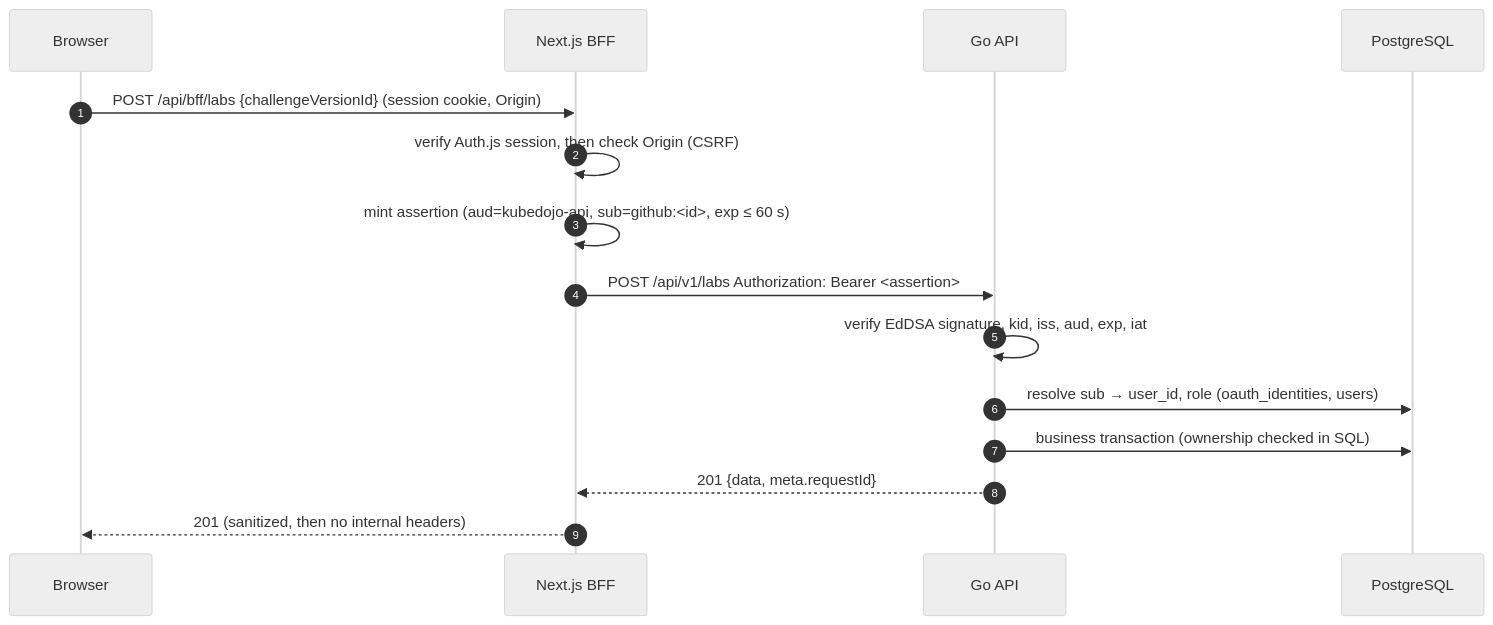
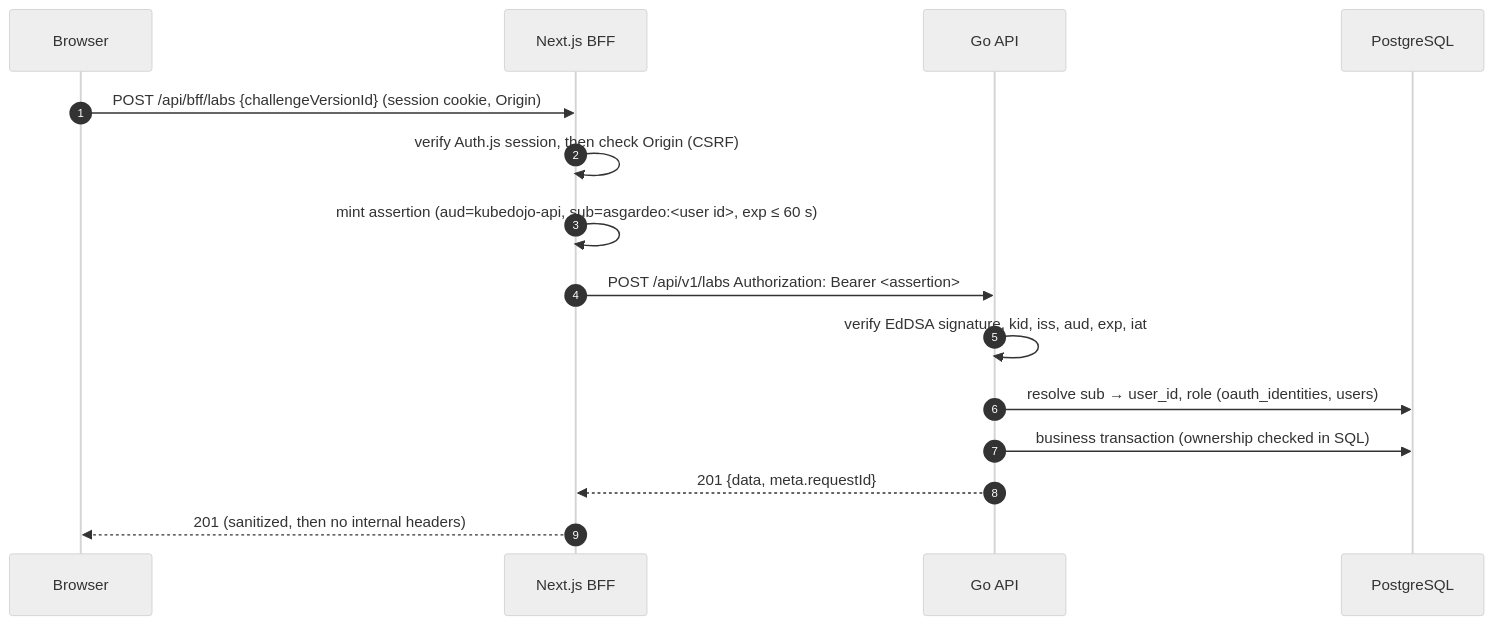
The third of 6 diagrams in docs/architecture/overview.md (kubedojolearn/kubedojo), drawn with Mermaid (neutral theme) before and after one commit. The commit also changed other lines of this file and 59 other files, not shown here.

````diff
--- a/docs/architecture/overview.md
+++ b/docs/architecture/overview.md
@@ -90,18 +91,18 @@
 ```mermaid
 sequenceDiagram
     autonumber
     participant B as Browser
     participant W as Next.js BFF
     participant A as Go API
     participant P as PostgreSQL
 
     B->>W: POST /api/bff/labs {challengeVersionId} (session cookie, Origin)
     W->>W: verify Auth.js session, then check Origin (CSRF)
-    W->>W: mint assertion (aud=kubedojo-api, sub=github:<id>, exp ≤ 60 s)
+    W->>W: mint assertion (aud=kubedojo-api, sub=asgardeo:<user id>, exp ≤ 60 s)
     W->>A: POST /api/v1/labs  Authorization: Bearer <assertion>
     A->>A: verify EdDSA signature, kid, iss, aud, exp, iat
     A->>P: resolve sub → user_id, role (oauth_identities, users)
     A->>P: business transaction (ownership checked in SQL)
     A-->>W: 201 {data, meta.requestId}
     W-->>B: 201 (sanitized, then no internal headers)
 ```
````
